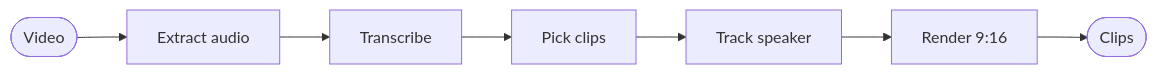
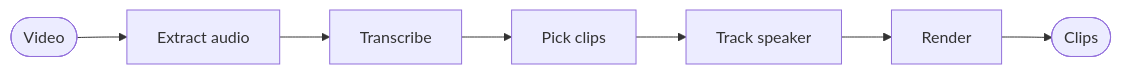
Before and after one commit to n1ssyyy/DigiClip-CLI: the diagram in README.md, drawn with Mermaid. The commit also changed other lines of this file and 12 other files, not shown here.

````diff
--- a/README.md
+++ b/README.md
@@ -61,4 +62,4 @@
 ```mermaid
 flowchart LR
-    V(["Video"]) --> A["Extract audio"] --> T["Transcribe"] --> P["Pick clips"] --> F["Track speaker"] --> R["Render 9:16"] --> O(["Clips"])
+    V(["Video"]) --> A["Extract audio"] --> T["Transcribe"] --> P["Pick clips"] --> F["Track speaker"] --> R["Render"] --> O(["Clips"])
 ```
````
